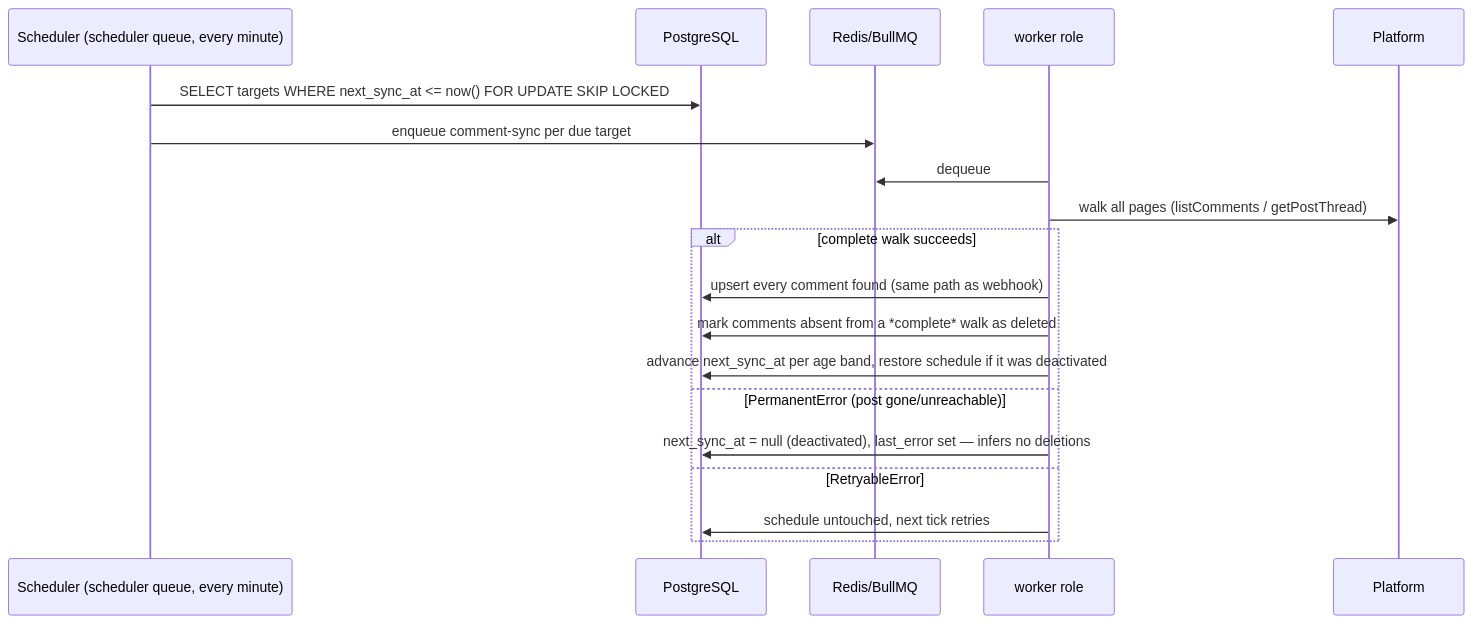
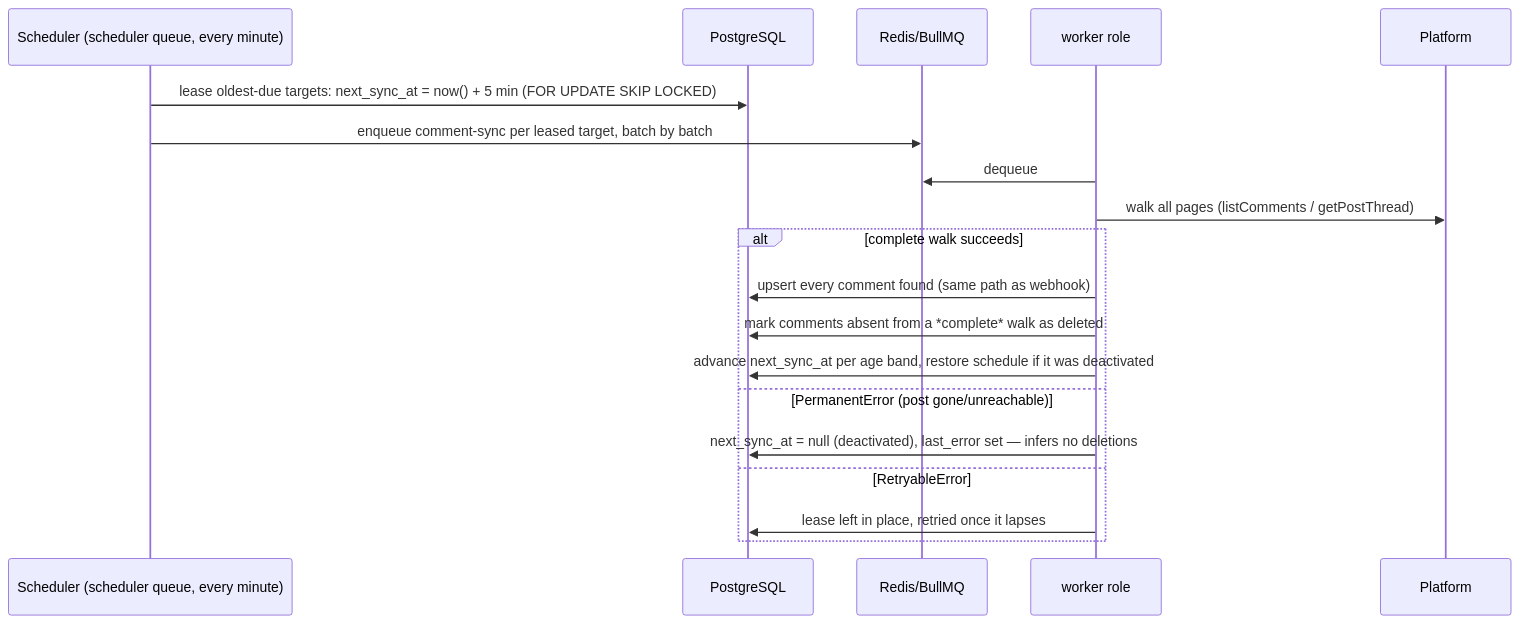
One commit to agolosnichenko/blotato-assignment changed the fifth of 5 diagrams in DESIGN.md. Above: the diagram before and after it, drawn with Mermaid. The commit also changed other lines of this file and 15 other files, not shown here.

First line of the commit message:
Lease due sync targets, batch the outbox relay, index polling queries (#7)

````diff
--- a/DESIGN.md
+++ b/DESIGN.md
@@ -392,22 +392,22 @@
 ```mermaid
 sequenceDiagram
     participant S as Scheduler (scheduler queue, every minute)
     participant DB as PostgreSQL
     participant Q as Redis/BullMQ
     participant W as worker role
     participant P as Platform
 
-    S->>DB: SELECT targets WHERE next_sync_at <= now() FOR UPDATE SKIP LOCKED
-    S->>Q: enqueue comment-sync per due target
+    S->>DB: lease oldest-due targets: next_sync_at = now() + 5 min (FOR UPDATE SKIP LOCKED)
+    S->>Q: enqueue comment-sync per leased target, batch by batch
     W->>Q: dequeue
     W->>P: walk all pages (listComments / getPostThread)
     alt complete walk succeeds
         W->>DB: upsert every comment found (same path as webhook)
         W->>DB: mark comments absent from a *complete* walk as deleted
         W->>DB: advance next_sync_at per age band, restore schedule if it was deactivated
     else PermanentError (post gone/unreachable)
         W->>DB: next_sync_at = null (deactivated), last_error set — infers no deletions
     else RetryableError
-        W->>DB: schedule untouched, next tick retries
+        W->>DB: lease left in place, retried once it lapses
     end
 ```
````
